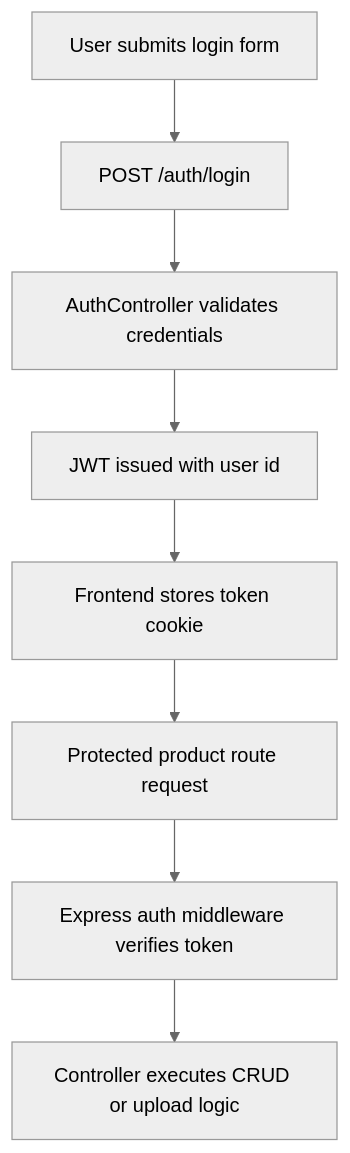
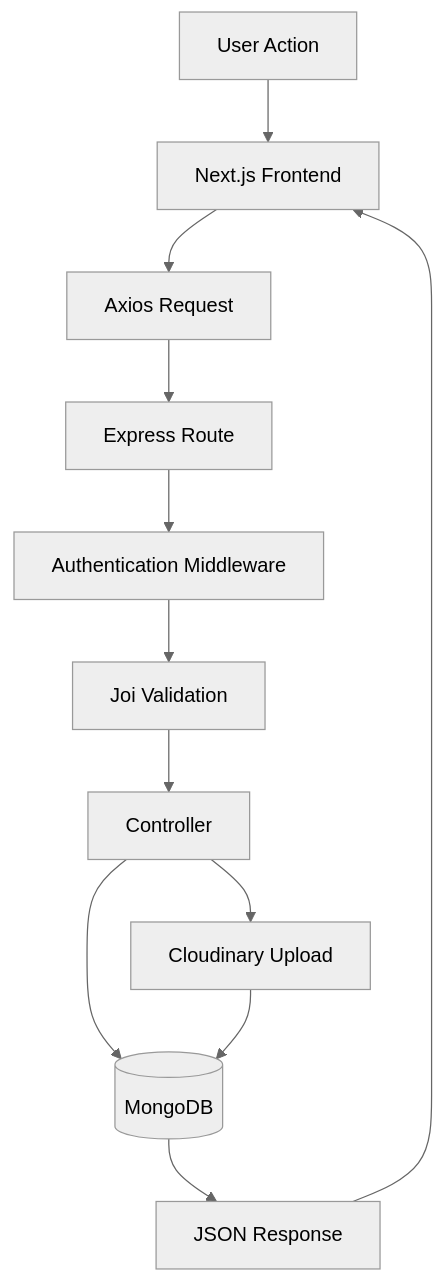
Before and after one commit to Alipta001/product-crud-project: the third of 6 diagrams in README.md, drawn with Mermaid (neutral theme). The commit also changed other lines of this file and 4 other files, not shown here.

````diff
--- a/README.md
+++ b/README.md
@@ -94,10 +455,45 @@
 ```mermaid
 flowchart TD
-    A[User submits login form] --> B[POST /auth/login]
-    B --> C[AuthController validates credentials]
-    C --> D[JWT issued with user id]
-    D --> E[Frontend stores token cookie]
-    E --> F[Protected product route request]
-    F --> G[Express auth middleware verifies token]
-    G --> H[Controller executes CRUD or upload logic]
+
+A[User Action]
+
+B[Next.js Frontend]
+
+C[Axios Request]
+
+D[Express Route]
+
+E[Authentication Middleware]
+
+F[Joi Validation]
+
+G[Controller]
+
+H[Cloudinary Upload]
+
+I[(MongoDB)]
+
+J[JSON Response]
+
+A --> B
+
+B --> C
+
+C --> D
+
+D --> E
+
+E --> F
+
+F --> G
+
+G --> H
+
+G --> I
+
+H --> I
+
+I --> J
+
+J --> B
 ```
````
